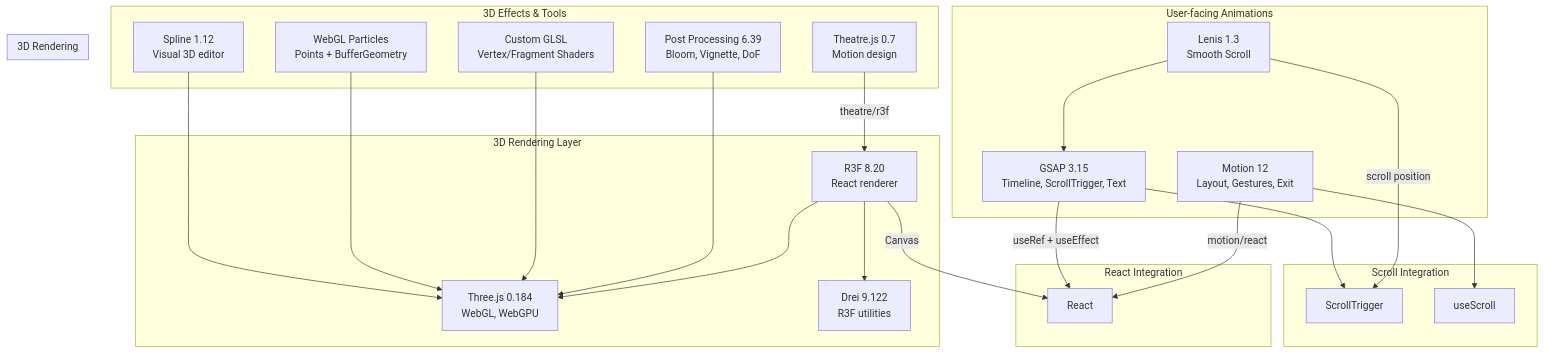
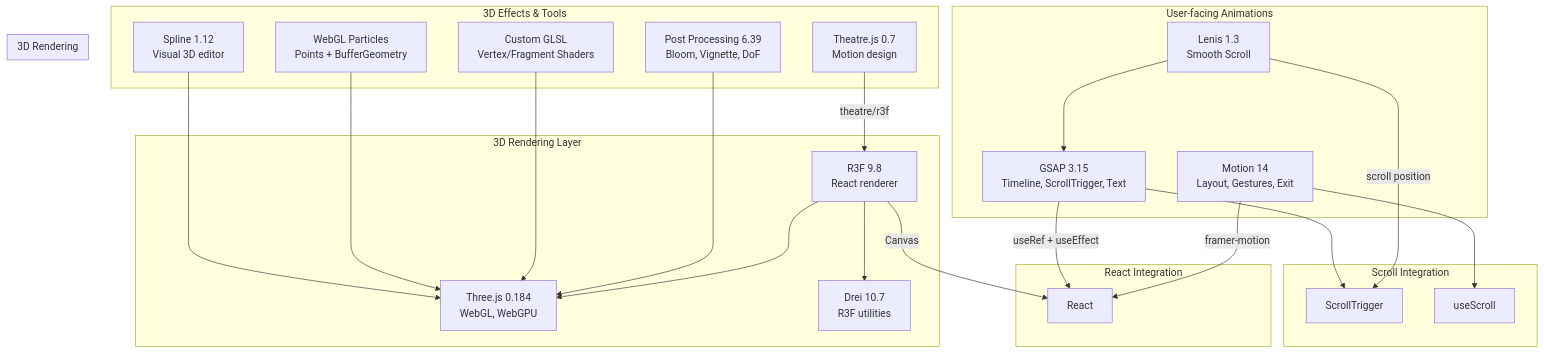
The diagram in docs/05-architecture/TECHSTACK.md (rohitkumarnaidu/Portfolio), drawn with Mermaid before and after one commit. The commit also changed other lines of this file and 30 other files, not shown here.

````diff
--- a/docs/05-architecture/TECHSTACK.md
+++ b/docs/05-architecture/TECHSTACK.md
@@ -717,49 +717,49 @@
 ```mermaid
 graph TB
     subgraph "User-facing Animations"
         GSAP["GSAP 3.15<br/>Timeline, ScrollTrigger, Text"]
-        MOTION["Motion 12<br/>Layout, Gestures, Exit"]
+        MOTION["Motion 14<br/>Layout, Gestures, Exit"]
         LENIS["Lenis 1.3<br/>Smooth Scroll"]
     end
 
     subgraph "3D Rendering Layer"
         THREE["Three.js 0.184<br/>WebGL, WebGPU"]
-        R3F["R3F 8.20<br/>React renderer"]
-        DREI["Drei 9.122<br/>R3F utilities"]
+        R3F["R3F 9.8<br/>React renderer"]
+        DREI["Drei 10.7<br/>R3F utilities"]
     end
 
     subgraph "3D Effects & Tools"
         POSTPROC["Post Processing 6.39<br/>Bloom, Vignette, DoF"]
         SHADERS["Custom GLSL<br/>Vertex/Fragment Shaders"]
         PARTICLES["WebGL Particles<br/>Points + BufferGeometry"]
         THEATRE["Theatre.js 0.7<br/>Motion design"]
         SPLINE["Spline 1.12<br/>Visual 3D editor"]
     end
 
     subgraph "Scroll Integration"
         LENIS --> GSAP
         LENIS -->|scroll position| SG_SCROLL
         GSAP --> SG_SCROLL
         MOTION --> SG_USESCROLL
     end
 
     subgraph "3D Rendering"
         R3F --> THREE
         R3F --> DREI
         THEATRE -->|theatre/r3f| R3F
         POSTPROC --> THREE
         SHADERS --> THREE
         PARTICLES --> THREE
         SPLINE --> THREE
     end
 
     subgraph "React Integration"
-        MOTION -->|motion/react| REACT_UI
+        MOTION -->|framer-motion| REACT_UI
         GSAP -->|useRef + useEffect| REACT_UI
         R3F -->|Canvas| REACT_UI
     end
 
     SG_SCROLL["ScrollTrigger"]
     SG_USESCROLL["useScroll"]
     REACT_UI["React"]
 ```
````
